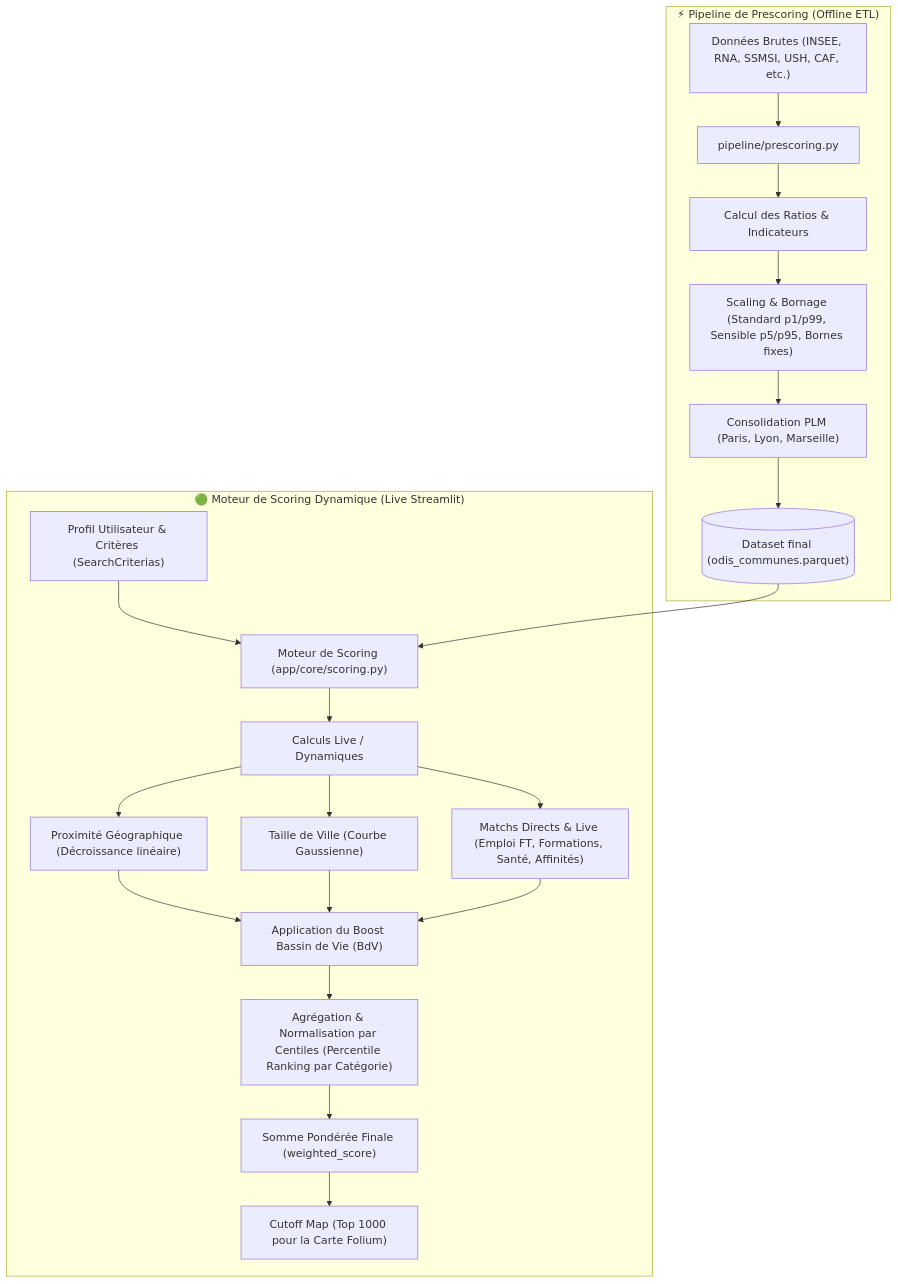
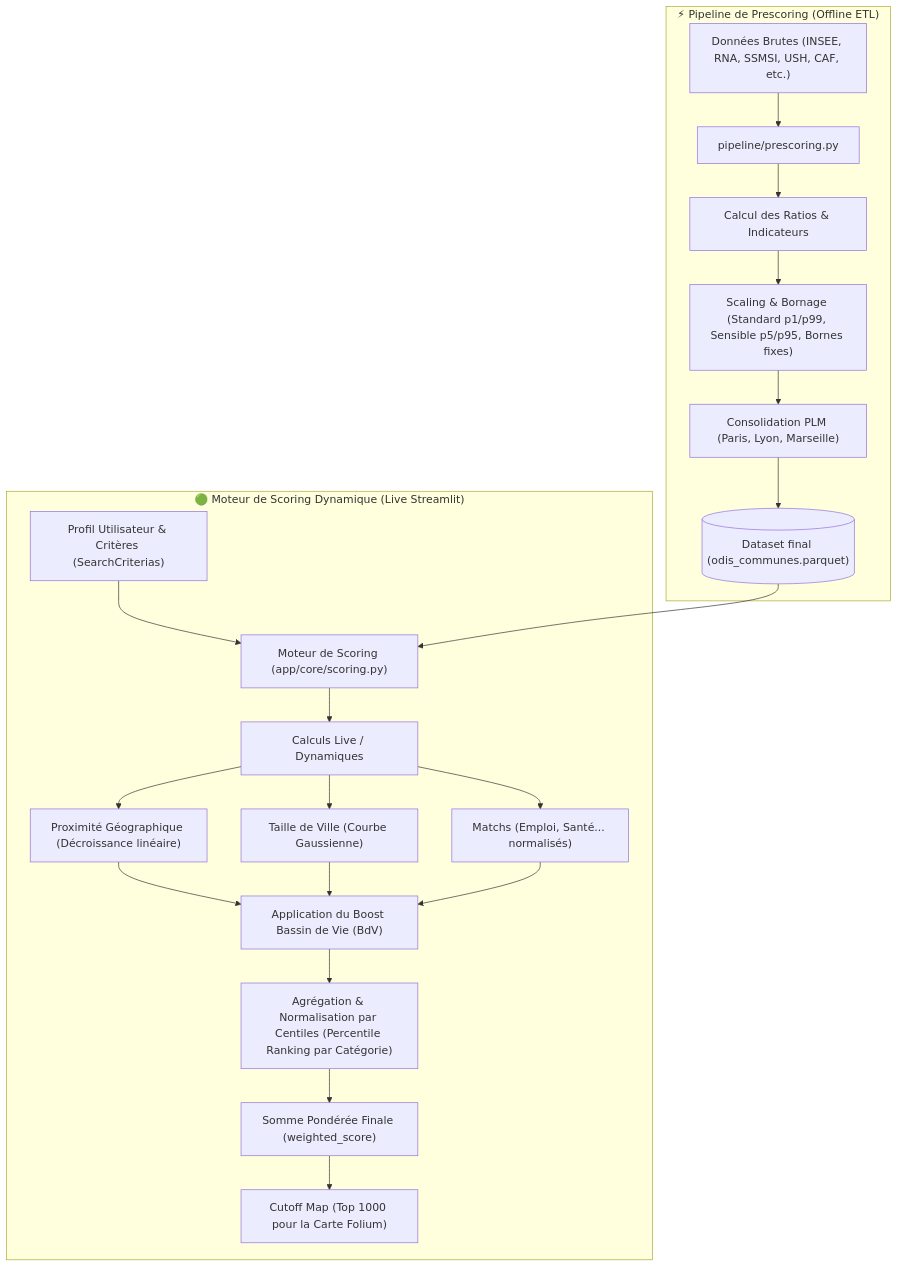
Before and after one commit to jbesan/13_odis_stream2: the diagram in SCORING.md, drawn with Mermaid. The commit also changed other lines of this file and 33 other files, not shown here.

````diff
--- a/SCORING.md
+++ b/SCORING.md
@@ -15,33 +15,34 @@
 ```mermaid
 graph TD
     %% Offline Pipeline (Pre-scoring)
     subgraph Offline ["⚡ Pipeline de Prescoring (Offline ETL)"]
         A["Données Brutes (INSEE, RNA, SSMSI, USH, CAF, etc.)"] --> B["pipeline/prescoring.py"]
         B --> C["Calcul des Ratios & Indicateurs"]
         C --> D["Scaling & Bornage (Standard p1/p99, Sensible p5/p95, Bornes fixes)"]
         D --> E["Consolidation PLM (Paris, Lyon, Marseille)"]
         E --> F[("Dataset final (odis_communes.parquet)")]
     end
 
     %% Online Engine (Live-scoring)
     subgraph Online ["🟢 Moteur de Scoring Dynamique (Live Streamlit)"]
         G["Profil Utilisateur & Critères (SearchCriterias)"] --> H["Moteur de Scoring (app/core/scoring.py)"]
         F --> H
         
         %% Dynamic Calculations
         H --> I["Calculs Live / Dynamiques"]
+        I --> I3["Matchs (Emploi, Santé... normalisés)"]
         I --> I1["Proximité Géographique (Décroissance linéaire)"]
         I --> I2["Taille de Ville (Courbe Gaussienne)"]
-        I --> I3["Matchs Directs & Live (Emploi FT, Formations, Santé, Affinités)"]
+        
         
         %% BdV Boost
         I1 & I2 & I3 --> J["Application du Boost Bassin de Vie (BdV)"]
         
         %% Category aggregation & Percentile normalisation
         J --> K["Agrégation & Normalisation par Centiles (Percentile Ranking par Catégorie)"]
         
         %% Weighted Sum & Map limit
         K --> L["Somme Pondérée Finale (weighted_score)"]
         L --> M["Cutoff Map (Top 1000 pour la Carte Folium)"]
     end
 ```
````
